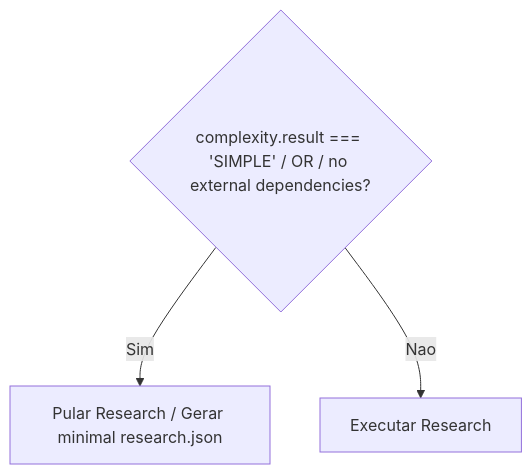
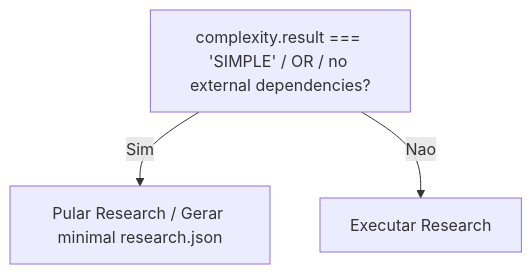
One commit to bychrisr/aios-docs changed diagram 13 of 17 in content/en/docs/guides/workflows/SPEC-PIPELINE-WORKFLOW.mdx. Above: the diagram before and after it, drawn with Mermaid. The commit also changed other lines of this file and 40 other files, not shown here.

````diff
--- a/content/en/docs/guides/workflows/SPEC-PIPELINE-WORKFLOW.mdx
+++ b/content/en/docs/guides/workflows/SPEC-PIPELINE-WORKFLOW.mdx
@@ -840,6 +840,6 @@
 ```mermaid
 flowchart TB
-    D2{"complexity.result === 'SIMPLE' / OR / no external dependencies?"}
+    D2["complexity.result === 'SIMPLE' / OR / no external dependencies?"]
     D2 -->|Sim| SKIP["Pular Research / Gerar minimal research.json"]
     D2 -->|Nao| RUN["Executar Research"]
 ```
````
